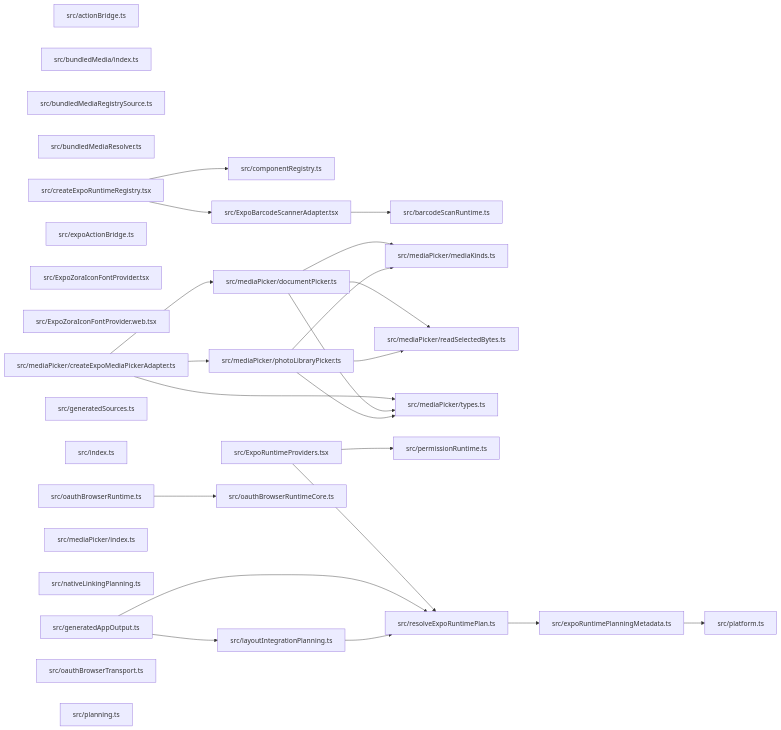
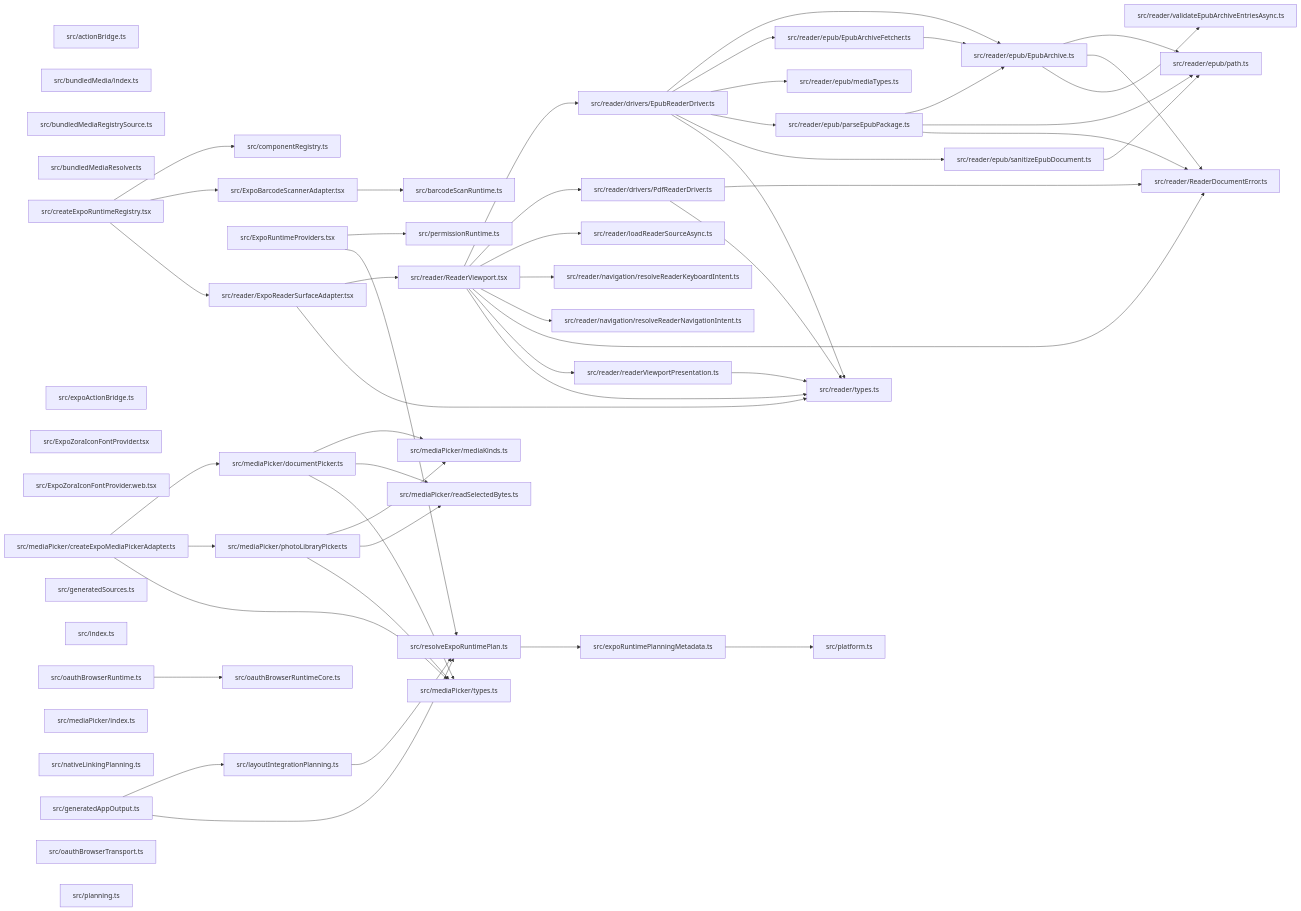
The diagram in paradox/diagrams/module-relationships.mmd (ankhorage/expo-runtime), drawn with Mermaid before and after one commit. The commit also changed 42 other files, not shown here.

Commit message:
feat: add EPUB and PDF reader adapter

```diff
--- a/paradox/diagrams/module-relationships.mmd
+++ b/paradox/diagrams/module-relationships.mmd
@@ -1,53 +1,98 @@
 graph LR
   module_src_actionBridge_ts["src/actionBridge.ts"]
   module_src_barcodeScanRuntime_ts["src/barcodeScanRuntime.ts"]
   module_src_bundledMedia_index_ts["src/bundledMedia/index.ts"]
   module_src_bundledMediaRegistrySource_ts["src/bundledMediaRegistrySource.ts"]
   module_src_bundledMediaResolver_ts["src/bundledMediaResolver.ts"]
   module_src_componentRegistry_ts["src/componentRegistry.ts"]
   module_src_createExpoRuntimeRegistry_tsx["src/createExpoRuntimeRegistry.tsx"]
   module_src_expoActionBridge_ts["src/expoActionBridge.ts"]
   module_src_ExpoBarcodeScannerAdapter_tsx["src/ExpoBarcodeScannerAdapter.tsx"]
   module_src_expoRuntimePlanningMetadata_ts["src/expoRuntimePlanningMetadata.ts"]
   module_src_ExpoRuntimeProviders_tsx["src/ExpoRuntimeProviders.tsx"]
   module_src_ExpoZoraIconFontProvider_tsx["src/ExpoZoraIconFontProvider.tsx"]
   module_src_ExpoZoraIconFontProvider_web_tsx["src/ExpoZoraIconFontProvider.web.tsx"]
   module_src_generatedAppOutput_ts["src/generatedAppOutput.ts"]
   module_src_generatedSources_ts["src/generatedSources.ts"]
   module_src_index_ts["src/index.ts"]
   module_src_layoutIntegrationPlanning_ts["src/layoutIntegrationPlanning.ts"]
   module_src_mediaPicker_createExpoMediaPickerAdapter_ts["src/mediaPicker/createExpoMediaPickerAdapter.ts"]
   module_src_mediaPicker_documentPicker_ts["src/mediaPicker/documentPicker.ts"]
   module_src_mediaPicker_index_ts["src/mediaPicker/index.ts"]
   module_src_mediaPicker_mediaKinds_ts["src/mediaPicker/mediaKinds.ts"]
   module_src_mediaPicker_photoLibraryPicker_ts["src/mediaPicker/photoLibraryPicker.ts"]
   module_src_mediaPicker_readSelectedBytes_ts["src/mediaPicker/readSelectedBytes.ts"]
   module_src_mediaPicker_types_ts["src/mediaPicker/types.ts"]
   module_src_nativeLinkingPlanning_ts["src/nativeLinkingPlanning.ts"]
   module_src_oauthBrowserRuntime_ts["src/oauthBrowserRuntime.ts"]
   module_src_oauthBrowserRuntimeCore_ts["src/oauthBrowserRuntimeCore.ts"]
   module_src_oauthBrowserTransport_ts["src/oauthBrowserTransport.ts"]
   module_src_permissionRuntime_ts["src/permissionRuntime.ts"]
   module_src_planning_ts["src/planning.ts"]
   module_src_platform_ts["src/platform.ts"]
+  module_src_reader_drivers_EpubReaderDriver_ts["src/reader/drivers/EpubReaderDriver.ts"]
+  module_src_reader_drivers_PdfReaderDriver_ts["src/reader/drivers/PdfReaderDriver.ts"]
+  module_src_reader_epub_EpubArchive_ts["src/reader/epub/EpubArchive.ts"]
+  module_src_reader_epub_EpubArchiveFetcher_ts["src/reader/epub/EpubArchiveFetcher.ts"]
+  module_src_reader_epub_mediaTypes_ts["src/reader/epub/mediaTypes.ts"]
+  module_src_reader_epub_parseEpubPackage_ts["src/reader/epub/parseEpubPackage.ts"]
+  module_src_reader_epub_path_ts["src/reader/epub/path.ts"]
+  module_src_reader_epub_sanitizeEpubDocument_ts["src/reader/epub/sanitizeEpubDocument.ts"]
+  module_src_reader_ExpoReaderSurfaceAdapter_tsx["src/reader/ExpoReaderSurfaceAdapter.tsx"]
+  module_src_reader_loadReaderSourceAsync_ts["src/reader/loadReaderSourceAsync.ts"]
+  module_src_reader_navigation_resolveReaderKeyboardIntent_ts["src/reader/navigation/resolveReaderKeyboardIntent.ts"]
+  module_src_reader_navigation_resolveReaderNavigationIntent_ts["src/reader/navigation/resolveReaderNavigationIntent.ts"]
+  module_src_reader_ReaderDocumentError_ts["src/reader/ReaderDocumentError.ts"]
+  module_src_reader_ReaderViewport_tsx["src/reader/ReaderViewport.tsx"]
+  module_src_reader_readerViewportPresentation_ts["src/reader/readerViewportPresentation.ts"]
+  module_src_reader_types_ts["src/reader/types.ts"]
+  module_src_reader_validateEpubArchiveEntriesAsync_ts["src/reader/validateEpubArchiveEntriesAsync.ts"]
   module_src_resolveExpoRuntimePlan_ts["src/resolveExpoRuntimePlan.ts"]
   module_src_createExpoRuntimeRegistry_tsx --> module_src_componentRegistry_ts
   module_src_createExpoRuntimeRegistry_tsx --> module_src_ExpoBarcodeScannerAdapter_tsx
+  module_src_createExpoRuntimeRegistry_tsx --> module_src_reader_ExpoReaderSurfaceAdapter_tsx
   module_src_ExpoBarcodeScannerAdapter_tsx --> module_src_barcodeScanRuntime_ts
   module_src_expoRuntimePlanningMetadata_ts --> module_src_platform_ts
   module_src_ExpoRuntimeProviders_tsx --> module_src_permissionRuntime_ts
   module_src_ExpoRuntimeProviders_tsx --> module_src_resolveExpoRuntimePlan_ts
   module_src_generatedAppOutput_ts --> module_src_layoutIntegrationPlanning_ts
   module_src_generatedAppOutput_ts --> module_src_resolveExpoRuntimePlan_ts
   module_src_layoutIntegrationPlanning_ts --> module_src_resolveExpoRuntimePlan_ts
   module_src_mediaPicker_createExpoMediaPickerAdapter_ts --> module_src_mediaPicker_documentPicker_ts
   module_src_mediaPicker_createExpoMediaPickerAdapter_ts --> module_src_mediaPicker_photoLibraryPicker_ts
   module_src_mediaPicker_createExpoMediaPickerAdapter_ts --> module_src_mediaPicker_types_ts
   module_src_mediaPicker_documentPicker_ts --> module_src_mediaPicker_mediaKinds_ts
   module_src_mediaPicker_documentPicker_ts --> module_src_mediaPicker_readSelectedBytes_ts
   module_src_mediaPicker_documentPicker_ts --> module_src_mediaPicker_types_ts
   module_src_mediaPicker_photoLibraryPicker_ts --> module_src_mediaPicker_mediaKinds_ts
   module_src_mediaPicker_photoLibraryPicker_ts --> module_src_mediaPicker_readSelectedBytes_ts
   module_src_mediaPicker_photoLibraryPicker_ts --> module_src_mediaPicker_types_ts
   module_src_oauthBrowserRuntime_ts --> module_src_oauthBrowserRuntimeCore_ts
+  module_src_reader_drivers_EpubReaderDriver_ts --> module_src_reader_epub_EpubArchive_ts
+  module_src_reader_drivers_EpubReaderDriver_ts --> module_src_reader_epub_EpubArchiveFetcher_ts
+  module_src_reader_drivers_EpubReaderDriver_ts --> module_src_reader_epub_mediaTypes_ts
+  module_src_reader_drivers_EpubReaderDriver_ts --> module_src_reader_epub_parseEpubPackage_ts
+  module_src_reader_drivers_EpubReaderDriver_ts --> module_src_reader_epub_sanitizeEpubDocument_ts
+  module_src_reader_drivers_EpubReaderDriver_ts --> module_src_reader_types_ts
+  module_src_reader_drivers_PdfReaderDriver_ts --> module_src_reader_ReaderDocumentError_ts
+  module_src_reader_drivers_PdfReaderDriver_ts --> module_src_reader_types_ts
+  module_src_reader_epub_EpubArchive_ts --> module_src_reader_epub_path_ts
+  module_src_reader_epub_EpubArchive_ts --> module_src_reader_ReaderDocumentError_ts
+  module_src_reader_epub_EpubArchive_ts --> module_src_reader_validateEpubArchiveEntriesAsync_ts
+  module_src_reader_epub_EpubArchiveFetcher_ts --> module_src_reader_epub_EpubArchive_ts
+  module_src_reader_epub_parseEpubPackage_ts --> module_src_reader_epub_EpubArchive_ts
+  module_src_reader_epub_parseEpubPackage_ts --> module_src_reader_epub_path_ts
+  module_src_reader_epub_parseEpubPackage_ts --> module_src_reader_ReaderDocumentError_ts
+  module_src_reader_epub_sanitizeEpubDocument_ts --> module_src_reader_epub_path_ts
+  module_src_reader_ExpoReaderSurfaceAdapter_tsx --> module_src_reader_ReaderViewport_tsx
+  module_src_reader_ExpoReaderSurfaceAdapter_tsx --> module_src_reader_types_ts
+  module_src_reader_ReaderViewport_tsx --> module_src_reader_drivers_EpubReaderDriver_ts
+  module_src_reader_ReaderViewport_tsx --> module_src_reader_drivers_PdfReaderDriver_ts
+  module_src_reader_ReaderViewport_tsx --> module_src_reader_loadReaderSourceAsync_ts
+  module_src_reader_ReaderViewport_tsx --> module_src_reader_navigation_resolveReaderKeyboardIntent_ts
+  module_src_reader_ReaderViewport_tsx --> module_src_reader_navigation_resolveReaderNavigationIntent_ts
+  module_src_reader_ReaderViewport_tsx --> module_src_reader_ReaderDocumentError_ts
+  module_src_reader_ReaderViewport_tsx --> module_src_reader_readerViewportPresentation_ts
+  module_src_reader_ReaderViewport_tsx --> module_src_reader_types_ts
+  module_src_reader_readerViewportPresentation_ts --> module_src_reader_types_ts
   module_src_resolveExpoRuntimePlan_ts --> module_src_expoRuntimePlanningMetadata_ts
```
